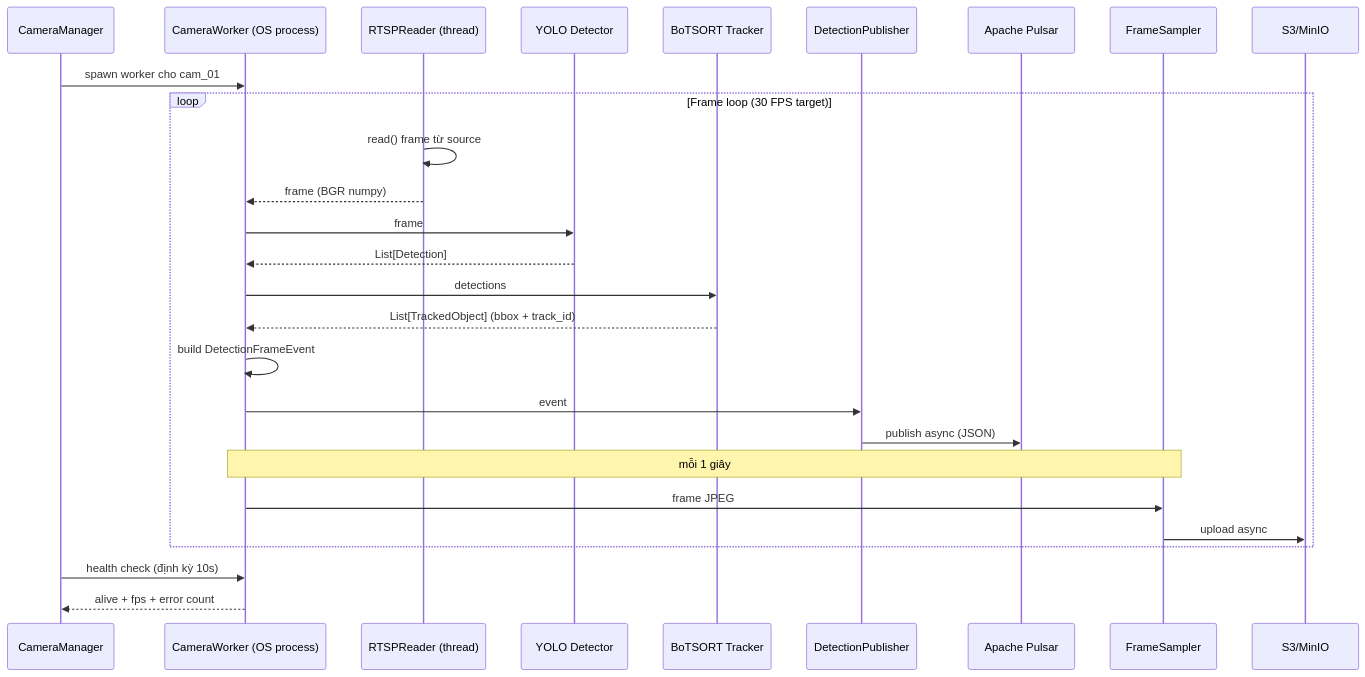
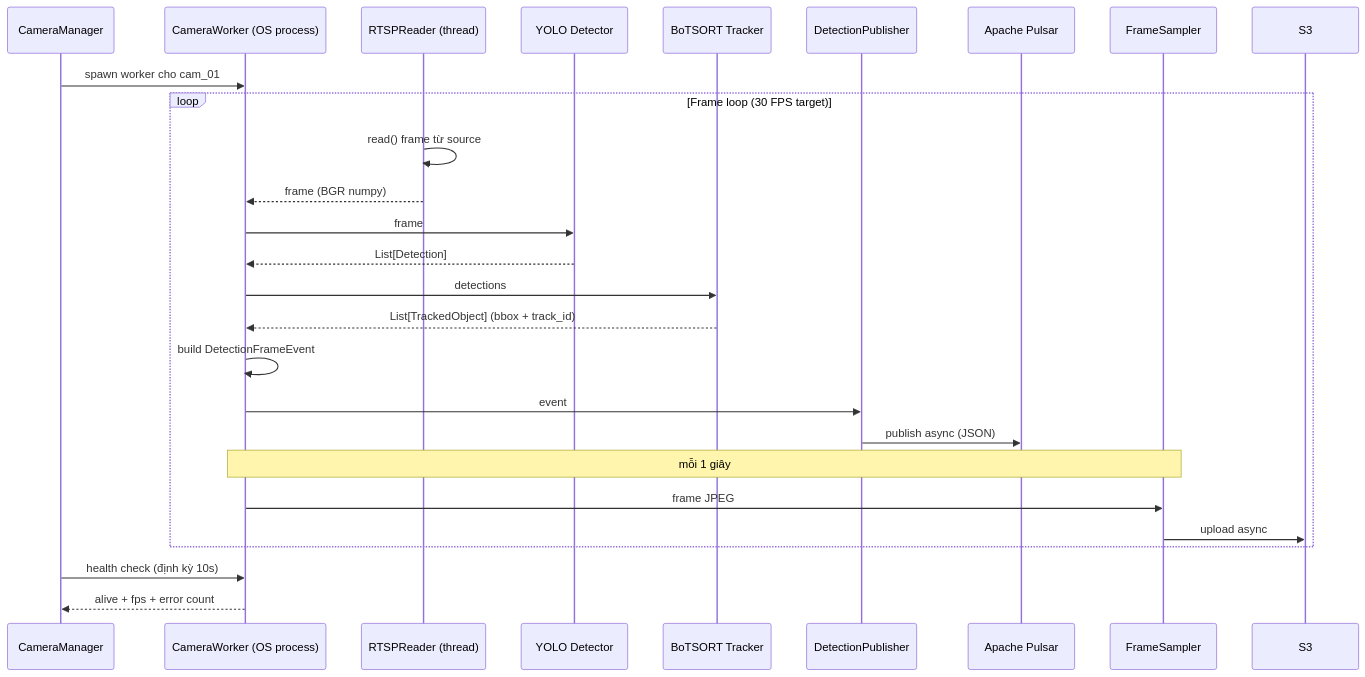
Before and after one commit to hungfnguyen/retail-video-analytics: the second of 2 diagrams in docs/mermaid/01_vison/00_vision_overview.md, drawn with Mermaid. The commit also changed other lines of this file and 22 other files, not shown here.

Commit message:
docs(storage): update s3 architecture references

````diff
--- a/docs/mermaid/01_vison/00_vision_overview.md
+++ b/docs/mermaid/01_vison/00_vision_overview.md
@@ -53,32 +53,32 @@
 ```mermaid
 sequenceDiagram
     participant CM as CameraManager
     participant CW as CameraWorker (OS process)
     participant Reader as RTSPReader (thread)
     participant Detector as YOLO Detector
     participant Tracker as BoTSORT Tracker
     participant Pub as DetectionPublisher
     participant Pulsar as Apache Pulsar
     participant FS as FrameSampler
-    participant S3 as S3/MinIO
+    participant S3 as S3
 
     CM->>CW: spawn worker cho cam_01
 
     loop Frame loop (30 FPS target)
         Reader->>Reader: read() frame từ source
         Reader-->>CW: frame (BGR numpy)
         CW->>Detector: frame
         Detector-->>CW: List[Detection]
         CW->>Tracker: detections
         Tracker-->>CW: List[TrackedObject] (bbox + track_id)
         CW->>CW: build DetectionFrameEvent
         CW->>Pub: event
         Pub->>Pulsar: publish async (JSON)
         Note over CW,FS: mỗi 1 giây
         CW->>FS: frame JPEG
         FS->>S3: upload async
     end
 
     CM->>CW: health check (định kỳ 10s)
     CW-->>CM: alive + fps + error count
 ```
````
